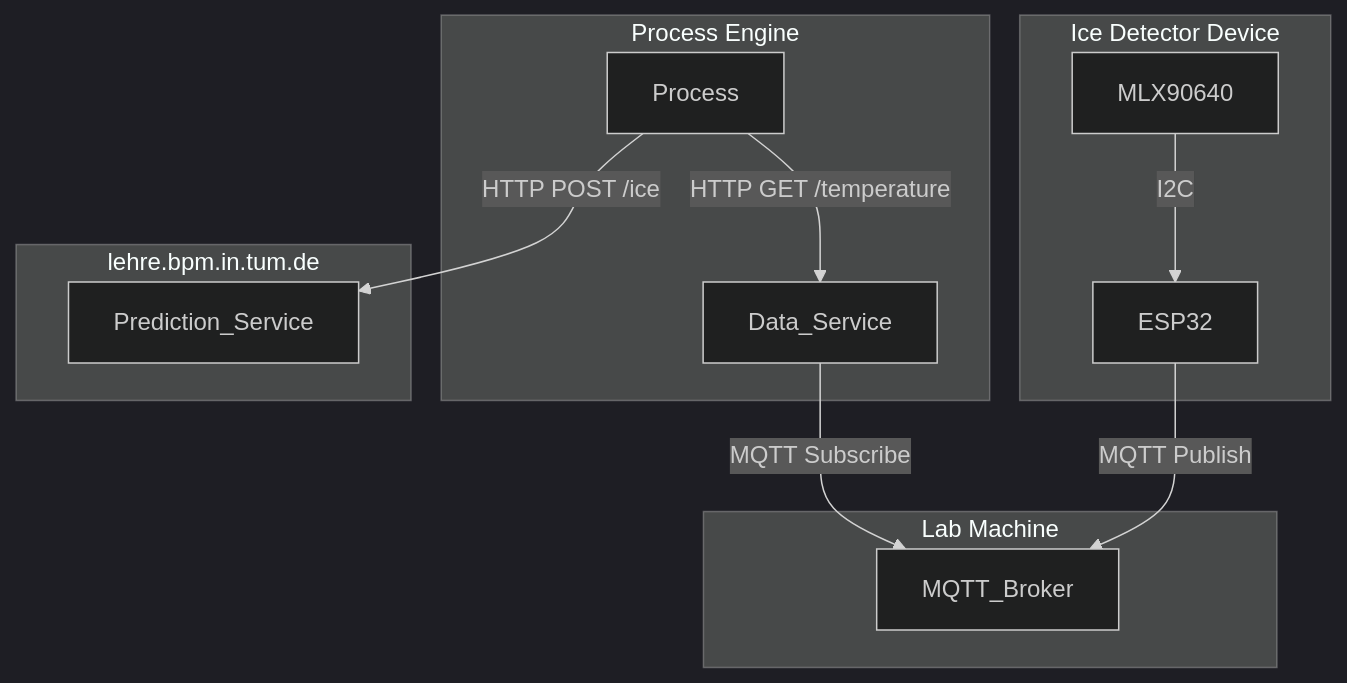
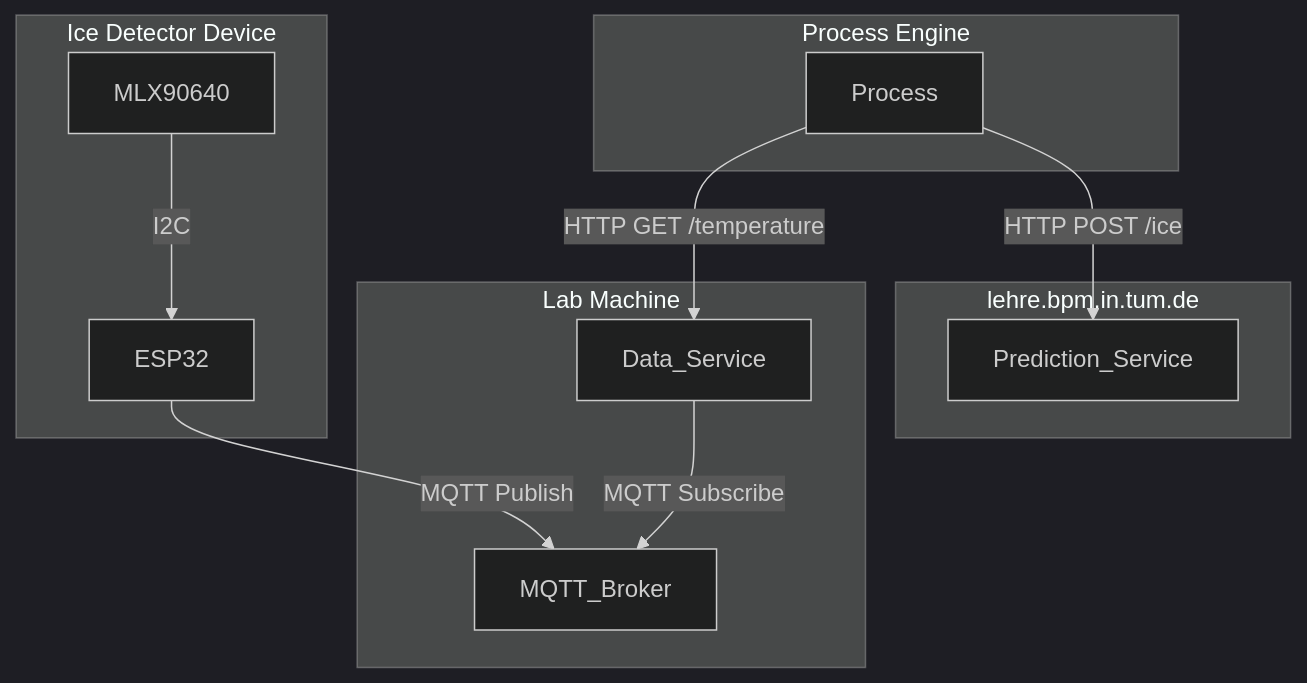
Before and after one commit to jannemannX/master-praktikum-SoSe24: the diagram in README.md, drawn with Mermaid (dark theme).

````diff
--- a/README.md
+++ b/README.md
@@ -21,16 +21,17 @@
 ```mermaid
 graph TD
     subgraph Process Engine
-        Process -->|HTTP GET /temperature| Data_Service        
+        Process
     end
     subgraph Ice Detector Device
         MLX90640 -->|I2C| ESP32
     end
     ESP32 -->|MQTT Publish| MQTT_Broker
     subgraph Lab Machine
         Data_Service -->|MQTT Subscribe| MQTT_Broker
+        Process -->|HTTP GET /temperature| Data_Service
     end
     subgraph lehre.bpm.in.tum.de
         Process -->|HTTP POST /ice| Prediction_Service
     end
 ```
````
